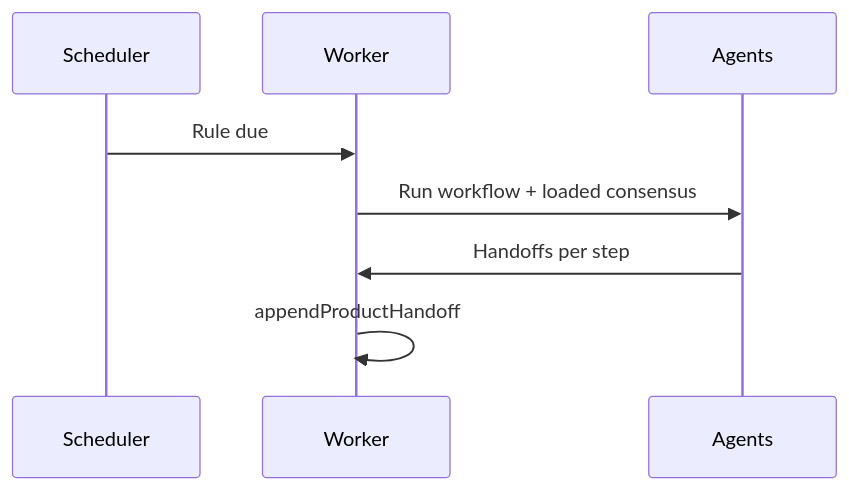
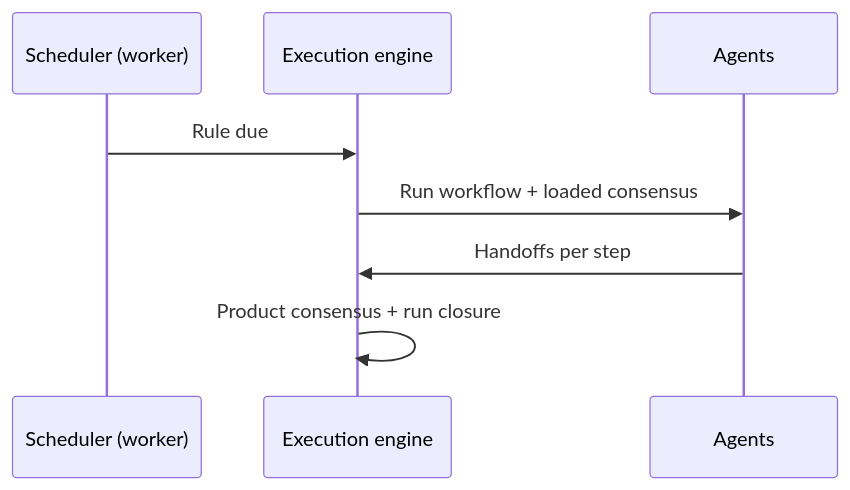
One commit to kreodevs/ia-company changed the second of 2 diagrams in frontend/src/content/help/guia-flujos.en.md. Above: the diagram before and after it, drawn with Mermaid. The commit also changed other lines of this file and 21 other files, not shown here.

````diff
--- a/frontend/src/content/help/guia-flujos.en.md
+++ b/frontend/src/content/help/guia-flujos.en.md
@@ -55,10 +70,10 @@
 ```mermaid
 sequenceDiagram
-  participant S as Scheduler
-  participant W as Worker
+  participant S as Scheduler (worker)
+  participant W as Execution engine
   participant A as Agents
   S->>W: Rule due
   W->>A: Run workflow + loaded consensus
   A->>W: Handoffs per step
-  W->>W: appendProductHandoff
+  W->>W: Product consensus + run closure
 ```
````
